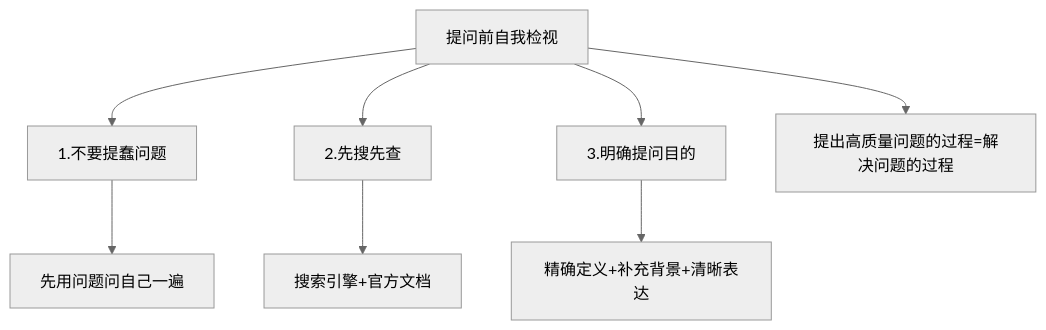
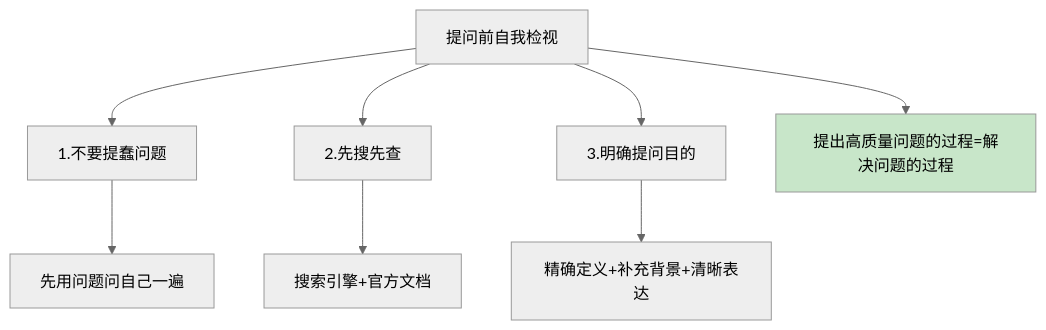
Before and after one commit to chongyang211/YCBookBlog: the fourth of 10 diagrams in 10.自我进阶提升书/06.语言沟通的演进/6.6学会高效地提问.md, drawn with Mermaid (neutral theme). The commit also changed other lines of this file and 8 other files, not shown here.

````diff
--- a/10.自我进阶提升书/06.语言沟通的演进/6.6学会高效地提问.md
+++ b/10.自我进阶提升书/06.语言沟通的演进/6.6学会高效地提问.md
@@ -74,10 +115,11 @@
 ```mermaid
 graph TD
     A[提问前自我检视] --> B[1.不要提蠢问题]
     A --> C[2.先搜先查]
     A --> D[3.明确提问目的]
     B --> B1[先用问题问自己一遍]
     C --> C1[搜索引擎+官方文档]
     D --> D1[精确定义+补充背景+清晰表达]
     A --> E[提出高质量问题的过程=解决问题的过程]
+    style E fill:#c8e6c9
 ```
````
